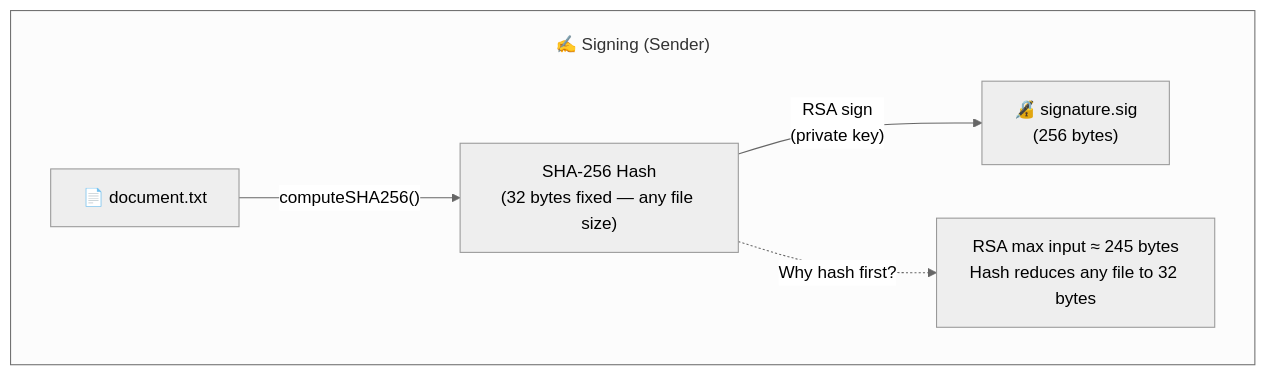
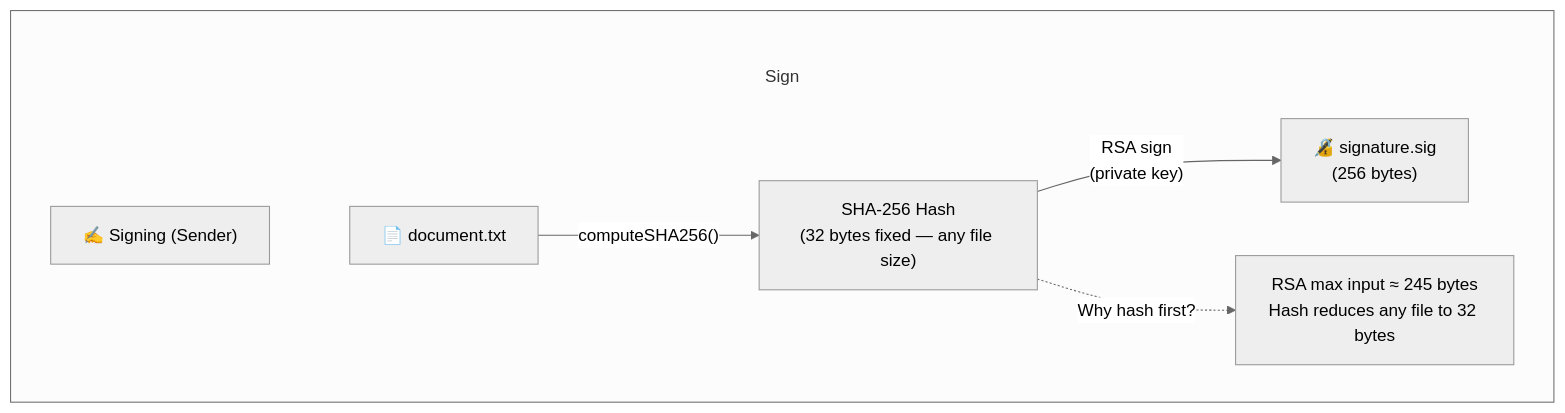
One commit to csoares/SecurityJava changed the seventh of 9 diagrams in src/main/java/security/encryption/integrity/README.md. Above: the diagram before and after it, drawn with Mermaid (neutral theme). The commit also changed other lines of this file and 11 other files, not shown here.

Commit message:
Fix Mermaid subgraph title overlap by moving labels into title nodes Replace subgraph label syntax (which overlaps first node) with explicit title nodes inside each subgraph, connected via invisible edges (~~~). Also increase subGraphTitleMargin top padding from 20 to 50 for extra space.

````diff
--- a/src/main/java/security/encryption/integrity/README.md
+++ b/src/main/java/security/encryption/integrity/README.md
@@ -129,12 +137,14 @@
 ```mermaid
-%%{init: {'flowchart': {'subGraphTitleMargin': {'top': 20, 'bottom': 5}}}}%%
+%%{init: {'flowchart': {'subGraphTitleMargin': {'top': 50, 'bottom': 10}}}}%%
 flowchart TD
-    subgraph Sign ["✍️ Signing  (Sender)"]
+    subgraph Sign
+        T_Sign["✍️ Signing  (Sender)"]
+        T_Sign ~~~ FILE
         FILE["📄 document.txt"]
         HASH["SHA-256 Hash<br/>(32 bytes fixed — any file size)"]
         SIG["🔏 signature.sig<br/>(256 bytes)"]
         FILE -->|"computeSHA256()"| HASH
         HASH -->|"RSA sign<br/>(private key)"| SIG
         HASH -.->|"Why hash first?"| WHY["RSA max input ≈ 245 bytes<br/>Hash reduces any file to 32 bytes"]
     end
 ```
````
